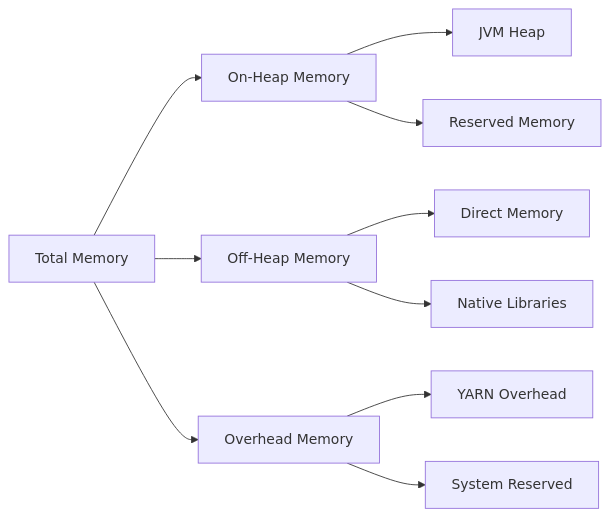
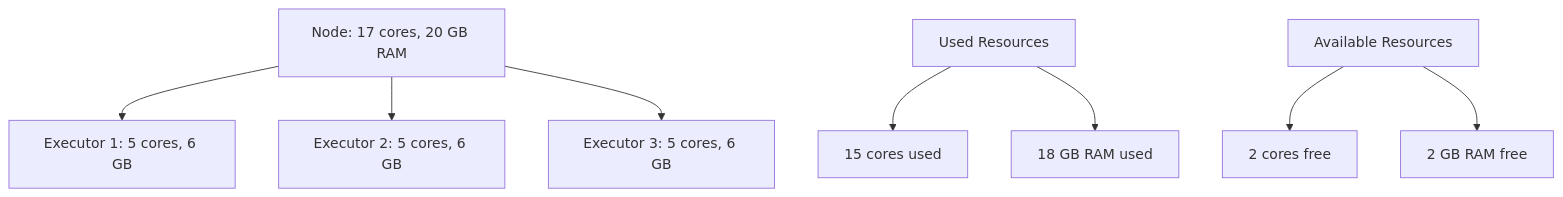
The diagram in spark_executor_tuning/Spark_Executor_Tuning_Complete_Guide.md (kuldeep27396/spark-experiments), drawn with Mermaid before and after one commit. The commit also changed other lines of this file, not shown here.

````diff
--- a/spark_executor_tuning/Spark_Executor_Tuning_Complete_Guide.md
+++ b/spark_executor_tuning/Spark_Executor_Tuning_Complete_Guide.md
@@ -533,15 +62,12 @@
 ```mermaid
-graph LR
-    A[Total Memory] --> B[On-Heap Memory]
-    A --> C[Off-Heap Memory]
-    A --> D[Overhead Memory]
+graph TD
+    A[Node: 17 cores, 20 GB RAM] --> B[Executor 1: 5 cores, 6 GB]
+    A --> C[Executor 2: 5 cores, 6 GB]
+    A --> D[Executor 3: 5 cores, 6 GB]
 
-    B --> E[JVM Heap]
-    B --> F[Reserved Memory]
+    E[Used Resources] --> F[15 cores used]
+    E --> G[18 GB RAM used]
 
-    C --> G[Direct Memory]
-    C --> H[Native Libraries]
-
-    D --> I[YARN Overhead]
-    D --> J[System Reserved]
+    H[Available Resources] --> I[2 cores free]
+    H --> J[2 GB RAM free]
 ```
````
